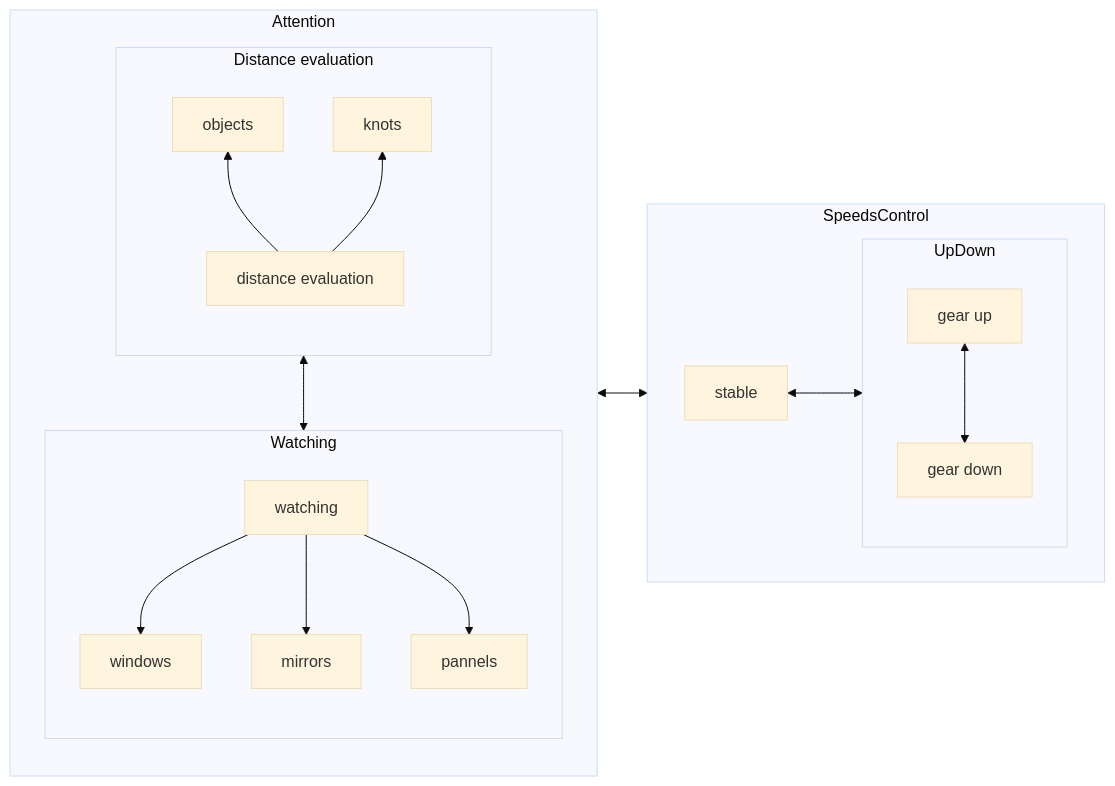
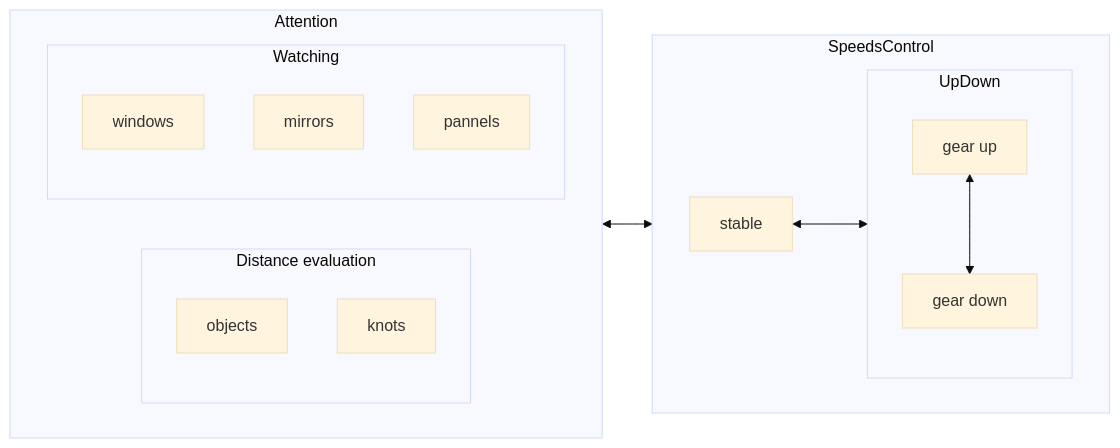
The diagram in z-speeds.md (chanchan098/Docs), drawn with Mermaid (base theme) before and after one commit.

````diff
--- a/z-speeds.md
+++ b/z-speeds.md
@@ -94,26 +94,29 @@
 ```mermaid
 flowchart LR
     subgraph SpeedsControl
     direction LR
     3[stable] <--> UpDown
     
         subgraph UpDown
             direction TB
             1[gear up] <--> 2[gear down]
         end
     end
 
     subgraph Attention
-        de <--> Watching
+        direction LR
         subgraph de[Distance evaluation]
             direction BT
-            de2[distance evaluation] --> objects & knots
+            objects
+            knots
         end
         subgraph Watching
-            direction TB
-            watching --> windows & mirrors & pannels
+            direction BT
+            windows 
+            mirrors
+            pannels
         end
     end
 
     Attention <--> SpeedsControl
 ```
````
